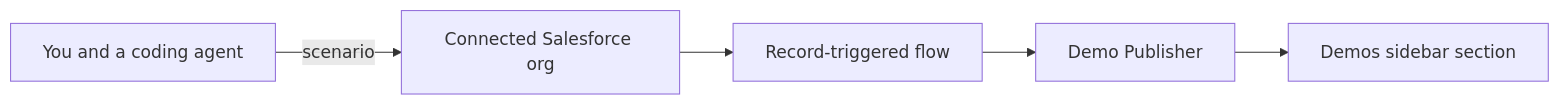
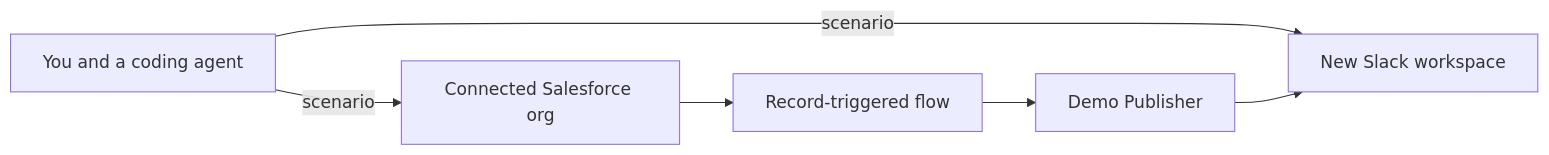
The diagram in README.md (zacharwood-bryd/sf-slack-demo-seeder), drawn with Mermaid before and after one commit. The commit also changed other lines of this file and 8 other files, not shown here.

````diff
--- a/README.md
+++ b/README.md
@@ -7,13 +7,14 @@
 ```mermaid
 flowchart LR
   you[You and a coding agent]
   salesforce[Connected Salesforce org]
   flow[Record-triggered flow]
   app[Demo Publisher]
-  section[Demos sidebar section]
+  workspace[New Slack workspace]
 
   you -->|"scenario"| salesforce
+  you -->|"scenario"| workspace
   salesforce --> flow
   flow --> app
-  app --> section
+  app --> workspace
 ```
````
